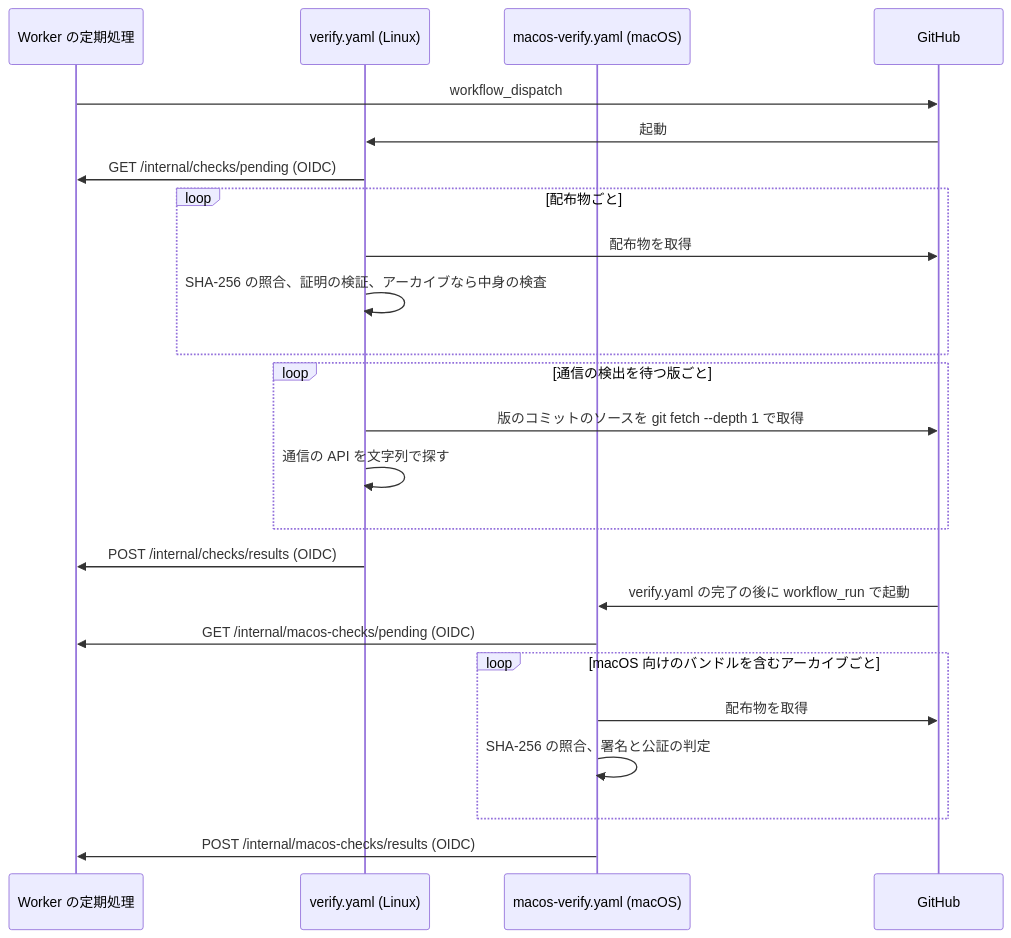
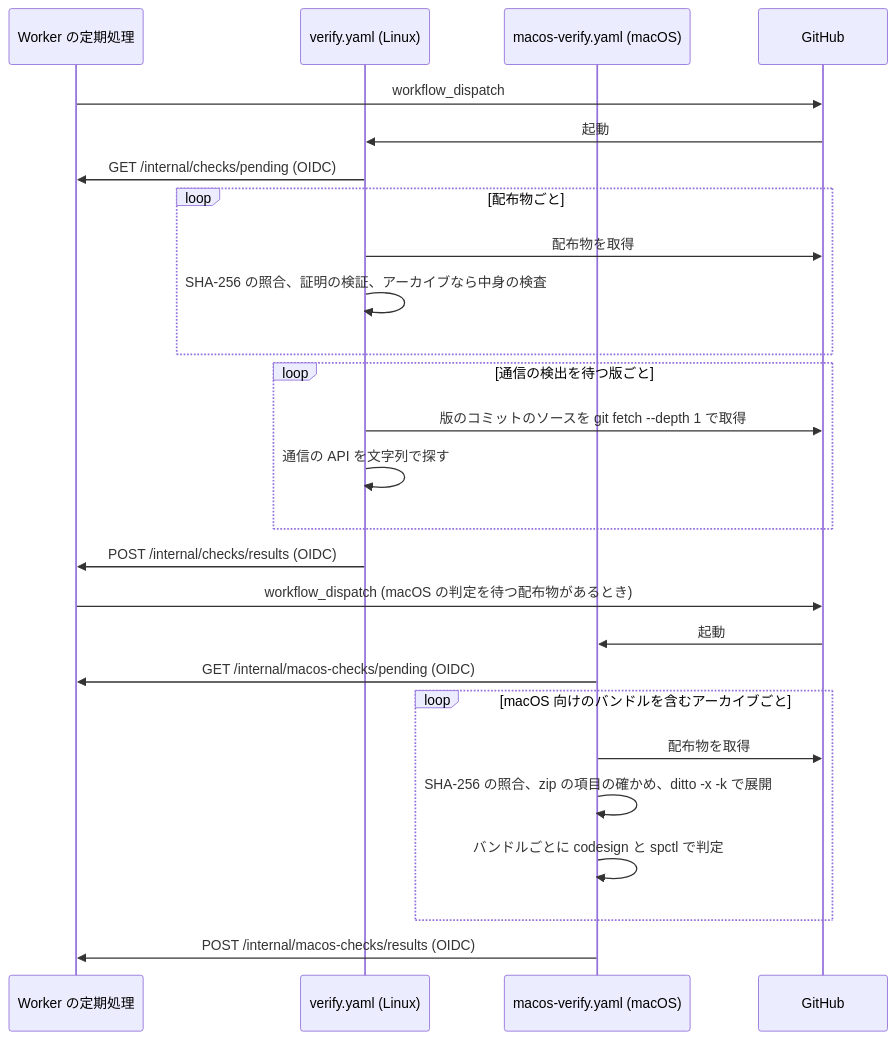
Before and after one commit to AllegroMoltoV/audio-plugin-soko-kun: the diagram in docs/design/scanning.md, drawn with Mermaid. The commit also changed other lines of this file and 14 other files, not shown here.

````diff
--- a/docs/design/scanning.md
+++ b/docs/design/scanning.md
@@ -323,27 +323,29 @@
 ```mermaid
 sequenceDiagram
     participant W as Worker の定期処理
     participant L as verify.yaml (Linux)
     participant M as macos-verify.yaml (macOS)
     participant G as GitHub
 
     W->>G: workflow_dispatch
     G->>L: 起動
     L->>W: GET /internal/checks/pending (OIDC)
     loop 配布物ごと
         L->>G: 配布物を取得
         L->>L: SHA-256 の照合、証明の検証、アーカイブなら中身の検査
     end
     loop 通信の検出を待つ版ごと
         L->>G: 版のコミットのソースを git fetch --depth 1 で取得
         L->>L: 通信の API を文字列で探す
     end
     L->>W: POST /internal/checks/results (OIDC)
-    G->>M: verify.yaml の完了の後に workflow_run で起動
+    W->>G: workflow_dispatch (macOS の判定を待つ配布物があるとき)
+    G->>M: 起動
     M->>W: GET /internal/macos-checks/pending (OIDC)
     loop macOS 向けのバンドルを含むアーカイブごと
         M->>G: 配布物を取得
-        M->>M: SHA-256 の照合、署名と公証の判定
+        M->>M: SHA-256 の照合、zip の項目の確かめ、ditto -x -k で展開
+        M->>M: バンドルごとに codesign と spctl で判定
     end
     M->>W: POST /internal/macos-checks/results (OIDC)
 ```
````
